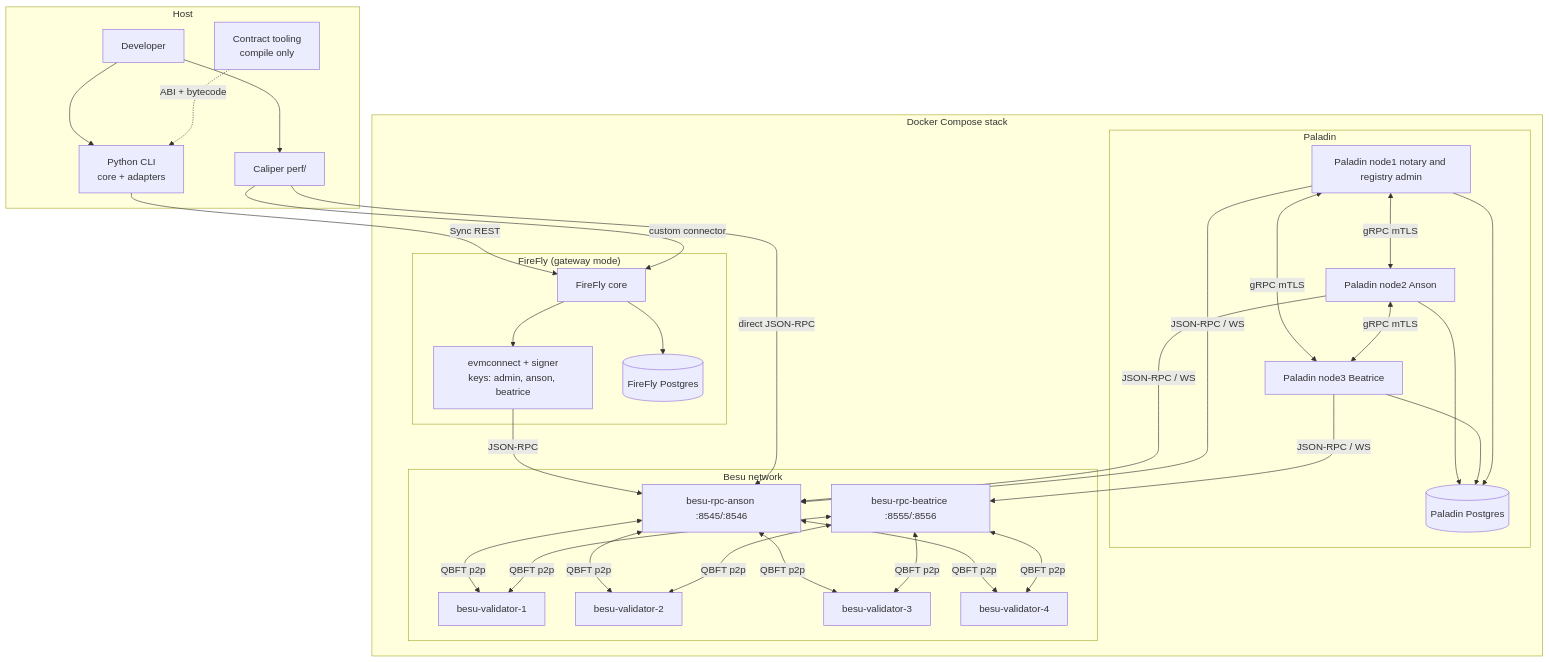
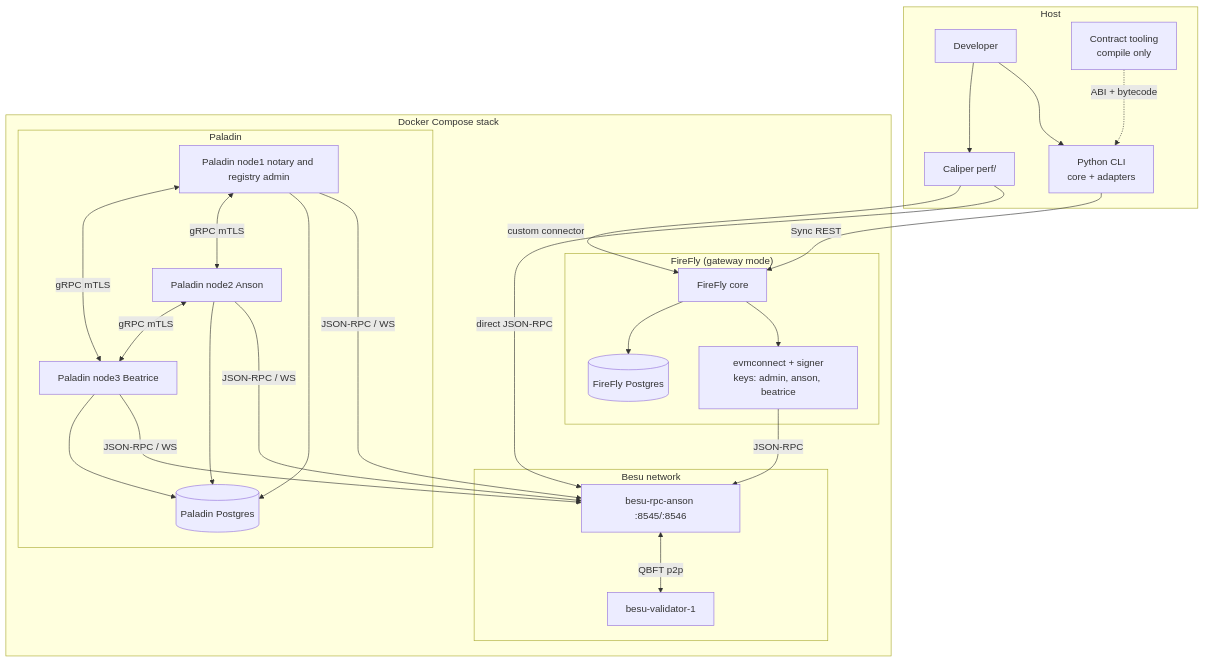
One commit to hohowin/besu-with-firefly changed the first of 4 diagrams in docs/architecture.md. Above: the diagram before and after it, drawn with Mermaid. The commit also changed other lines of this file and 51 other files, not shown here.

First line of the commit message:
feat: reduce the network to one validator and one RPC node (plan D-17)

````diff
--- a/docs/architecture.md
+++ b/docs/architecture.md
@@ -61,58 +61,47 @@
 ```mermaid
 graph TD
   subgraph Host
     DEV[Developer]
     CLI["Python CLI<br/>core + adapters"]
     CAL["Caliper perf/"]
     HH["Contract tooling<br/>compile only"]
   end
 
   subgraph "Docker Compose stack"
     subgraph "FireFly (gateway mode)"
       FF["FireFly core"]
       EVM["evmconnect + signer<br/>keys: admin, anson, beatrice"]
       FFDB[("FireFly Postgres")]
     end
     subgraph "Paladin"
       PA["Paladin node2 Anson"]
       PB["Paladin node3 Beatrice"]
       PN["Paladin node1 notary and registry admin"]
       PDB[("Paladin Postgres")]
     end
     subgraph "Besu network"
       V1[besu-validator-1]
-      V2[besu-validator-2]
-      V3[besu-validator-3]
-      V4[besu-validator-4]
       RA["besu-rpc-anson :8545/:8546"]
-      RB["besu-rpc-beatrice :8555/:8556"]
     end
   end
 
   DEV --> CLI
   DEV --> CAL
   CLI -->|"Sync REST"| FF
   FF --> EVM
   FF --> FFDB
   EVM -->|"JSON-RPC"| RA
   PA -->|"JSON-RPC / WS"| RA
-  PB -->|"JSON-RPC / WS"| RB
+  PB -->|"JSON-RPC / WS"| RA
   PN -->|"JSON-RPC / WS"| RA
   PA --> PDB
   PB --> PDB
   PN --> PDB
   PN <-->|"gRPC mTLS"| PA
   PN <-->|"gRPC mTLS"| PB
   PA <-->|"gRPC mTLS"| PB
   CAL -->|"direct JSON-RPC"| RA
   CAL -->|"custom connector"| FF
   HH -.->|"ABI + bytecode"| CLI
   RA <-->|QBFT p2p| V1
-  RA <-->|QBFT p2p| V2
-  RA <-->|QBFT p2p| V3
-  RA <-->|QBFT p2p| V4
-  RB <-->|QBFT p2p| V1
-  RB <-->|QBFT p2p| V2
-  RB <-->|QBFT p2p| V3
-  RB <-->|QBFT p2p| V4
 ```
````
